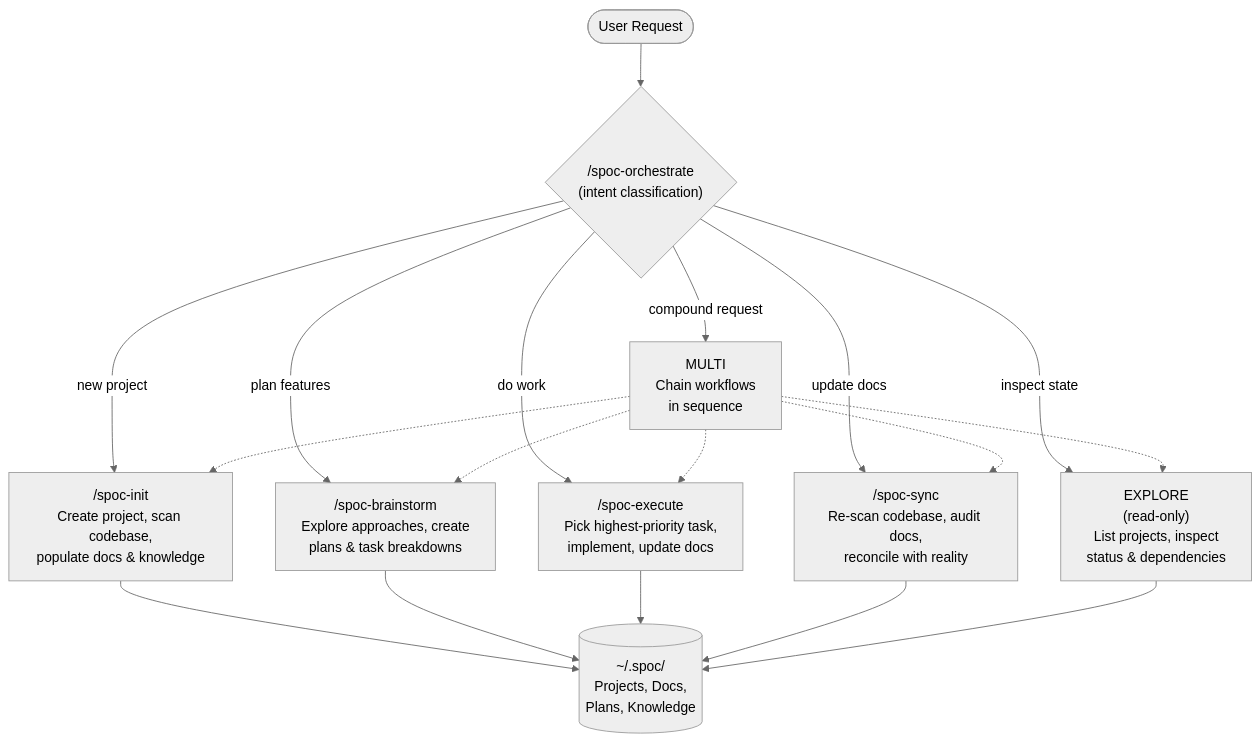
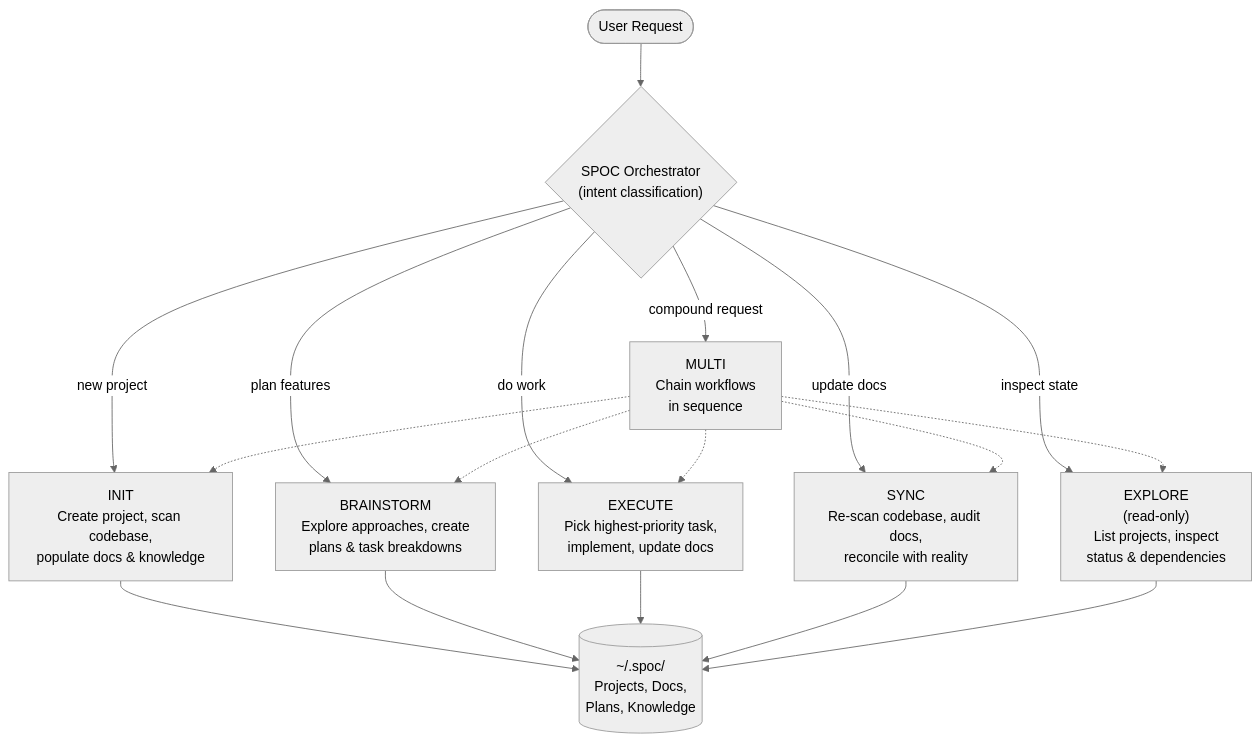
One commit to rryando/SPOC changed the diagram in README.md. Above: the diagram before and after it, drawn with Mermaid (neutral theme). The commit also changed other lines of this file and 1 other file, not shown here.

First line of the commit message:
docs: rewrite README for CLI-only architecture

````diff
--- a/README.md
+++ b/README.md
@@ -247,33 +291,33 @@
 ```mermaid
 flowchart TD
     User([User Request])
-    Orch{"/spoc-orchestrate\n(intent classification)"}
-    Init["/spoc-init\nCreate project, scan codebase,\npopulate docs & knowledge"]
-    Brain["/spoc-brainstorm\nExplore approaches, create\nplans & task breakdowns"]
-    Exec["/spoc-execute\nPick highest-priority task,\nimplement, update docs"]
-    Sync["/spoc-sync\nRe-scan codebase, audit docs,\nreconcile with reality"]
+    Orch{"SPOC Orchestrator\n(intent classification)"}
+    Init["INIT\nCreate project, scan codebase,\npopulate docs & knowledge"]
+    Brain["BRAINSTORM\nExplore approaches, create\nplans & task breakdowns"]
+    Exec["EXECUTE\nPick highest-priority task,\nimplement, update docs"]
+    Sync["SYNC\nRe-scan codebase, audit docs,\nreconcile with reality"]
     Explore["EXPLORE\n(read-only)\nList projects, inspect\nstatus & dependencies"]
     Multi["MULTI\nChain workflows\nin sequence"]
 
     DAG[("~/.spoc/\nProjects, Docs,\nPlans, Knowledge")]
 
     User --> Orch
     Orch -- "new project" --> Init
     Orch -- "plan features" --> Brain
     Orch -- "do work" --> Exec
     Orch -- "update docs" --> Sync
     Orch -- "inspect state" --> Explore
     Orch -- "compound request" --> Multi
 
     Multi -.-> Init
     Multi -.-> Brain
     Multi -.-> Exec
     Multi -.-> Sync
     Multi -.-> Explore
 
     Init --> DAG
     Brain --> DAG
     Exec --> DAG
     Sync --> DAG
     Explore --> DAG
 ```
````
